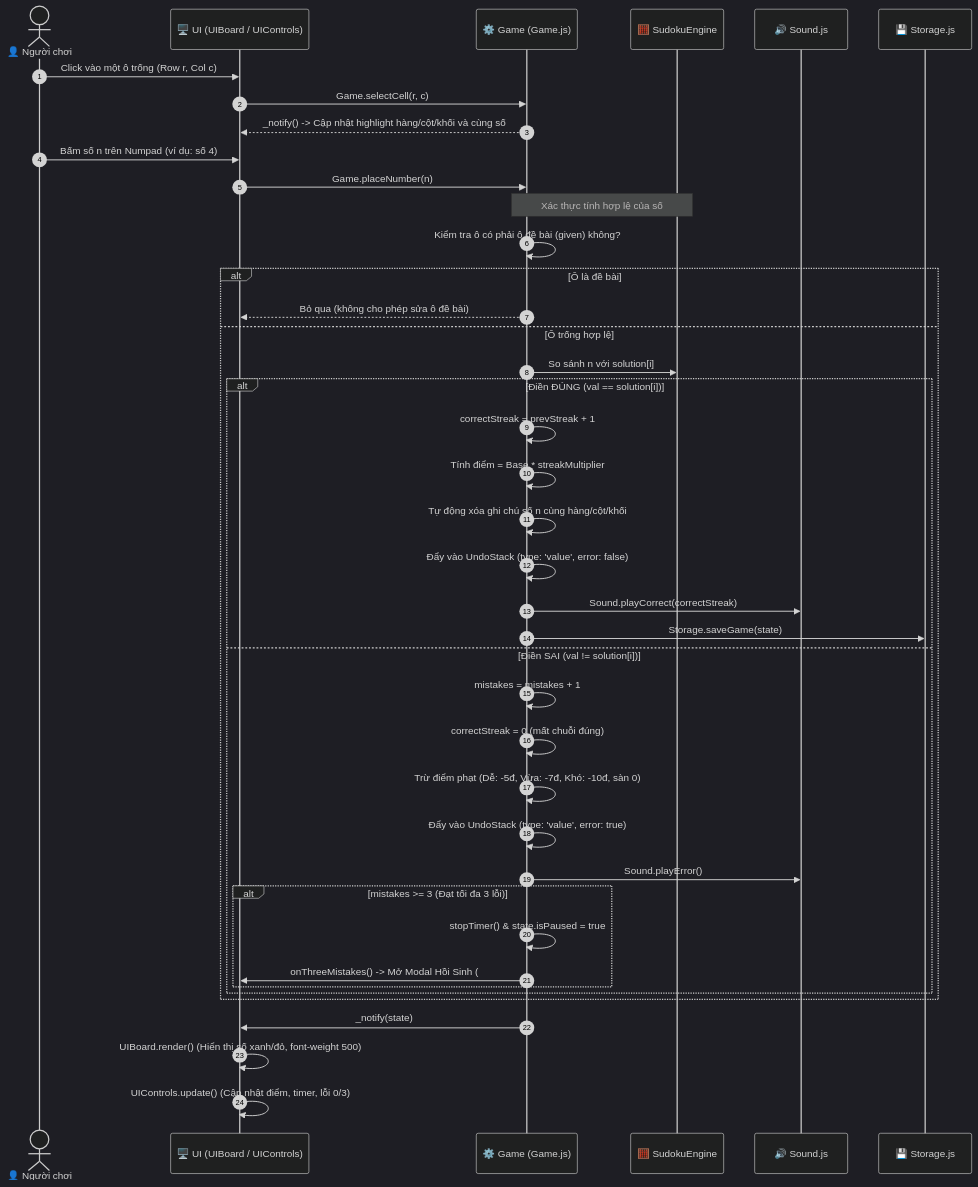
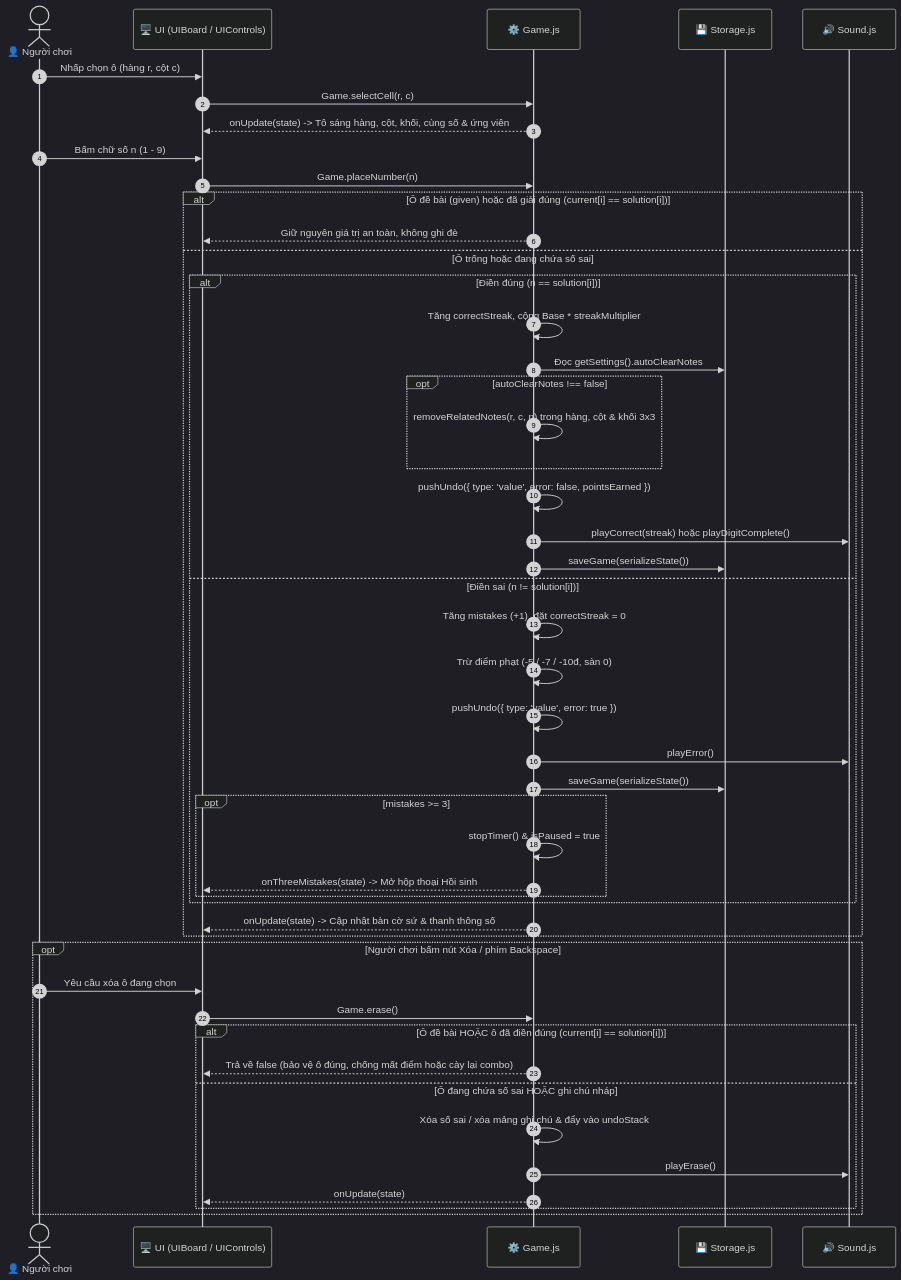
Before and after one commit to Jhanh/Sudoku_game: the first of 3 diagrams in docs/03_data_flow_and_sequences.md, drawn with Mermaid (dark theme). The commit also changed other lines of this file and 4 other files, not shown here.

````diff
--- a/docs/03_data_flow_and_sequences.md
+++ b/docs/03_data_flow_and_sequences.md
@@ -11,48 +11,54 @@
 ```mermaid
 sequenceDiagram
     autonumber
     actor Player as 👤 Người chơi
     participant UI as 🖥️ UI (UIBoard / UIControls)
-    participant Game as ⚙️ Game (Game.js)
-    participant Engine as 🧮 SudokuEngine
+    participant Game as ⚙️ Game.js
+    participant Storage as 💾 Storage.js
     participant Sound as 🔊 Sound.js
-    participant Storage as 💾 Storage.js
 
-    Player->>UI: Click vào một ô trống (Row r, Col c)
+    Player->>UI: Nhấp chọn ô (hàng r, cột c)
     UI->>Game: Game.selectCell(r, c)
-    Game-->>UI: _notify() -> Cập nhật highlight hàng/cột/khối và cùng số
+    Game-->>UI: onUpdate(state) -> Tô sáng hàng, cột, khối, cùng số & ứng viên
 
-    Player->>UI: Bấm số n trên Numpad (ví dụ: số 4)
+    Player->>UI: Bấm chữ số n (1 - 9)
     UI->>Game: Game.placeNumber(n)
-    
-    Note over Game, Engine: Xác thực tính hợp lệ của số
-    Game->>Game: Kiểm tra ô có phải ô đề bài (given) không?
-    alt Ô là đề bài
-        Game-->>UI: Bỏ qua (không cho phép sửa ô đề bài)
-    else Ô trống hợp lệ
-        Game->>Engine: So sánh n với solution[i]
-        
-        alt Điền ĐÚNG (val == solution[i])
-            Game->>Game: correctStreak = prevStreak + 1
-            Game->>Game: Tính điểm = Base * streakMultiplier
-            Game->>Game: Tự động xóa ghi chú số n cùng hàng/cột/khối
-            Game->>Game: Đẩy vào UndoStack (type: 'value', error: false)
-            Game->>Sound: Sound.playCorrect(correctStreak)
-            Game->>Storage: Storage.saveGame(state)
-        else Điền SAI (val != solution[i])
-            Game->>Game: mistakes = mistakes + 1
-            Game->>Game: correctStreak = 0 (mất chuỗi đúng)
-            Game->>Game: Trừ điểm phạt (Dễ: -5đ, Vừa: -7đ, Khó: -10đ, sàn 0)
-            Game->>Game: Đẩy vào UndoStack (type: 'value', error: true)
-            Game->>Sound: Sound.playError()
-            alt mistakes >= 3 (Đạt tối đa 3 lỗi)
-                Game->>Game: stopTimer() & state.isPaused = true
-                Game->>UI: onThreeMistakes() -> Mở Modal Hồi Sinh (#modal-revive)
+
+    alt Ô đề bài (given) hoặc đã giải đúng (current[i] == solution[i])
+        Game-->>UI: Giữ nguyên giá trị an toàn, không ghi đè
+    else Ô trống hoặc đang chứa số sai
+        alt Điền đúng (n == solution[i])
+            Game->>Game: Tăng correctStreak, cộng Base * streakMultiplier
+            Game->>Storage: Đọc getSettings().autoClearNotes
+            opt autoClearNotes !== false
+                Game->>Game: removeRelatedNotes(r, c, n) trong hàng, cột & khối 3x3
+            end
+            Game->>Game: pushUndo({ type: 'value', error: false, pointsEarned })
+            Game->>Sound: playCorrect(streak) hoặc playDigitComplete()
+            Game->>Storage: saveGame(serializeState())
+        else Điền sai (n != solution[i])
+            Game->>Game: Tăng mistakes (+1), đặt correctStreak = 0
+            Game->>Game: Trừ điểm phạt (-5 / -7 / -10đ, sàn 0)
+            Game->>Game: pushUndo({ type: 'value', error: true })
+            Game->>Sound: playError()
+            Game->>Storage: saveGame(serializeState())
+            opt mistakes >= 3
+                Game->>Game: stopTimer() & isPaused = true
+                Game-->>UI: onThreeMistakes(state) -> Mở hộp thoại Hồi sinh
             end
         end
+        Game-->>UI: onUpdate(state) -> Cập nhật bàn cờ sứ & thanh thông số
     end
 
-    Game->>UI: _notify(state)
-    UI->>UI: UIBoard.render() (Hiển thị số xanh/đỏ, font-weight 500)
-    UI->>UI: UIControls.update() (Cập nhật điểm, timer, lỗi 0/3)
+    opt Người chơi bấm nút Xóa / phím Backspace
+        Player->>UI: Yêu cầu xóa ô đang chọn
+        UI->>Game: Game.erase()
+        alt Ô đề bài HOẶC ô đã điền đúng (current[i] == solution[i])
+            Game-->>UI: Trả về false (bảo vệ ô đúng, chống mất điểm hoặc cày lại combo)
+        else Ô đang chứa số sai HOẶC ghi chú nháp
+            Game->>Game: Xóa số sai / xóa mảng ghi chú & đẩy vào undoStack
+            Game->>Sound: playErase()
+            Game-->>UI: onUpdate(state)
+        end
+    end
 ```
````
